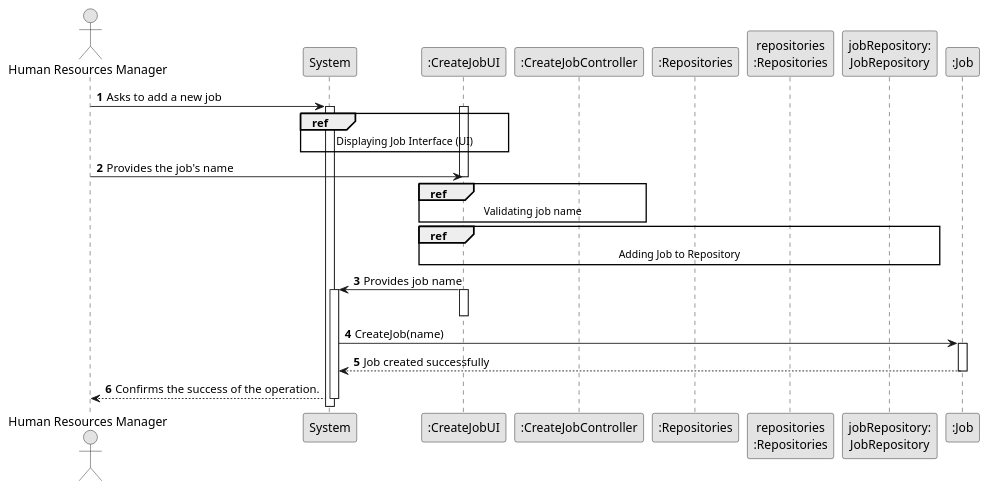
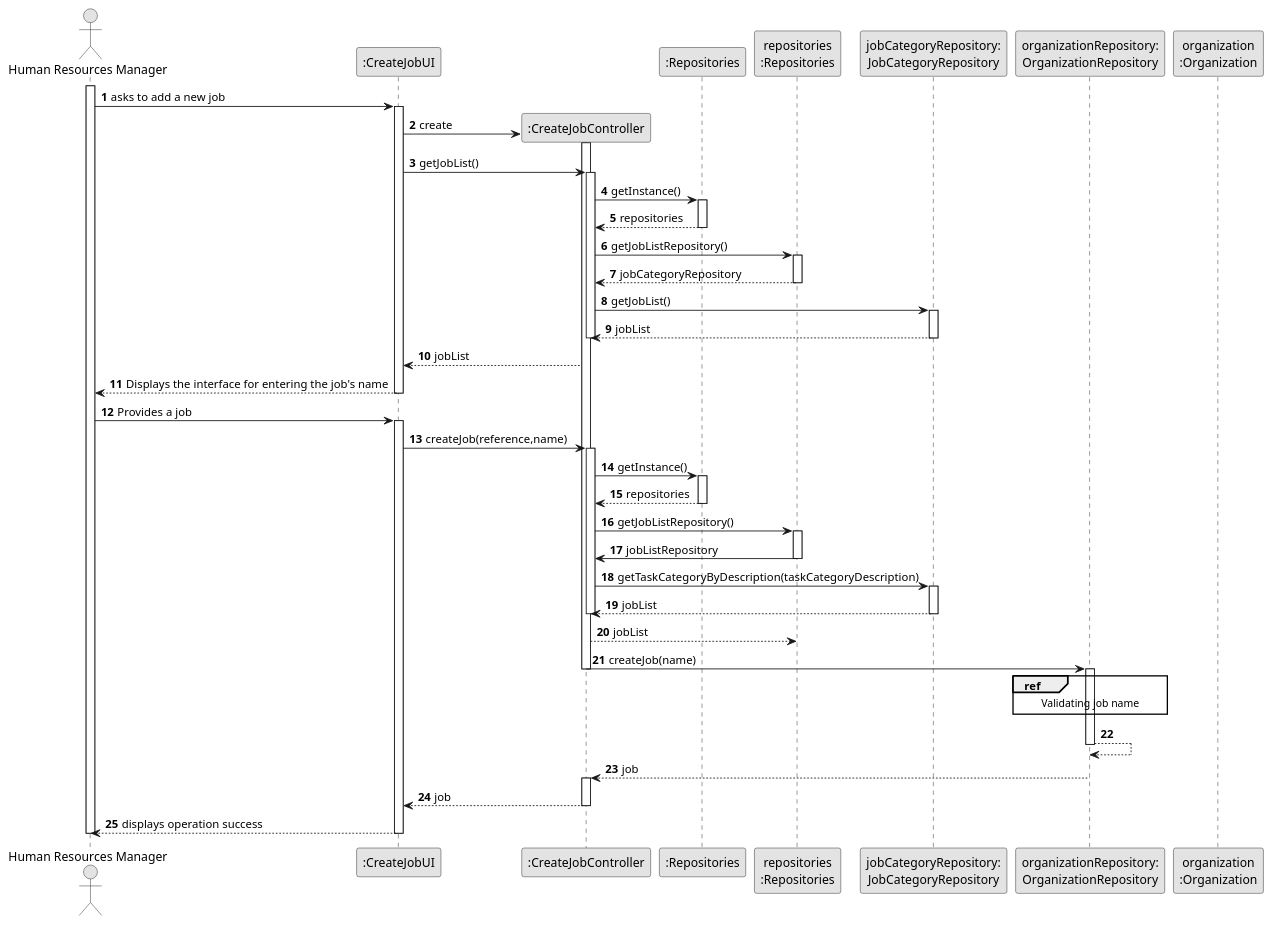
Before and after one commit to SAEmanuel/Green_Spaces_Management_ISEP: the diagram in docs/sprintB/us002/03.design/puml/us002-sequence-diagram-split.puml, drawn with PlantUML. The commit also changed 4 other files, not shown here.

```diff
--- a/docs/sprintB/us002/03.design/puml/us002-sequence-diagram-split.puml
+++ b/docs/sprintB/us002/03.design/puml/us002-sequence-diagram-split.puml
@@ -1,49 +1,121 @@
 @startuml
 skinparam monochrome true
 skinparam packageStyle rectangle
 skinparam shadowing false
 
 autonumber
 
 'hide footbox
 actor "Human Resources Manager" as HRM
-participant "System" as System
 participant ":CreateJobUI" as UI
 participant ":CreateJobController" as CTRL
 participant ":Repositories" as RepositorySingleton
 participant "repositories\n:Repositories" as PLAT
-participant "jobRepository:\nJobRepository" as jobRepository
-participant ":Job" as Job
-
-HRM -> System : Asks to add a new job
-activate System
+participant "jobCategoryRepository:\nJobCategoryRepository" as JobCategoryRepository
+participant "organizationRepository:\nOrganizationRepository" as OrganizationRepository
+participant "organization\n:Organization" as ORG
 
 
+activate HRM
+
+
+HRM -> UI : asks to add a new job
+
 activate UI
-ref over System, UI : Displaying Job Interface (UI)
 
-HRM -> UI : Provides the job's name
+UI -> CTRL** : create
+activate CTRL
 
+UI -> CTRL : getJobList()
+activate CTRL
+
+CTRL -> RepositorySingleton : getInstance()
+activate RepositorySingleton
+
+RepositorySingleton --> CTRL: repositories
+deactivate RepositorySingleton
+
+CTRL -> PLAT : getJobListRepository()
+activate PLAT
+
+PLAT --> CTRL: jobCategoryRepository
+deactivate PLAT
+
+CTRL -> JobCategoryRepository : getJobList()
+activate JobCategoryRepository
+
+JobCategoryRepository --> CTRL : jobList
+deactivate JobCategoryRepository
+
+deactivate CTRL
+CTRL --> UI : jobList
+
+
+
+
+UI --> HRM : Displays the interface for entering the job's name
+deactivate UI
+
+HRM -> UI : Provides a job
+activate UI
+
+
+
+UI -> CTRL : createJob(reference,name)
+activate CTRL
+
+
+
+CTRL -> RepositorySingleton : getInstance()
+activate RepositorySingleton
+
+RepositorySingleton --> CTRL: repositories
+deactivate RepositorySingleton
+
+CTRL -> PLAT : getJobListRepository()
+activate PLAT
+
+PLAT -> CTRL : jobListRepository
+deactivate PLAT
+
+CTRL -> JobCategoryRepository : getTaskCategoryByDescription(taskCategoryDescription)
+activate JobCategoryRepository
+
+JobCategoryRepository --> CTRL : jobList
+deactivate JobCategoryRepository
+
+deactivate CTRL
+CTRL --> PLAT : jobList
+
+
+
+CTRL -> OrganizationRepository: createJob(name)
+deactivate CTRL
+
+activate OrganizationRepository
+
+ref over OrganizationRepository
+           Validating job name
+end
+
+
+
+
+
+    OrganizationRepository --> OrganizationRepository
+deactivate OrganizationRepository
+
+OrganizationRepository --> CTRL : job
+
+deactivate OrganizationRepository
+
+activate CTRL
+CTRL --> UI: job
+deactivate CTRL
+UI --> HRM: displays operation success
 deactivate UI
 
 
-ref over UI, CTRL : Validating job name
-ref over UI, PLAT, jobRepository :  Adding Job to Repository
-
-
-
-UI -> System : Provides job name
-activate UI
-deactivate UI
-activate "System"
-
-System -> Job : CreateJob(name)
-activate Job
-
-Job --> System : Job created successfully
-deactivate Job
-
-System --> HRM : Confirms the success of the operation.
-deactivate System
+deactivate HRM
 
 @enduml
```
